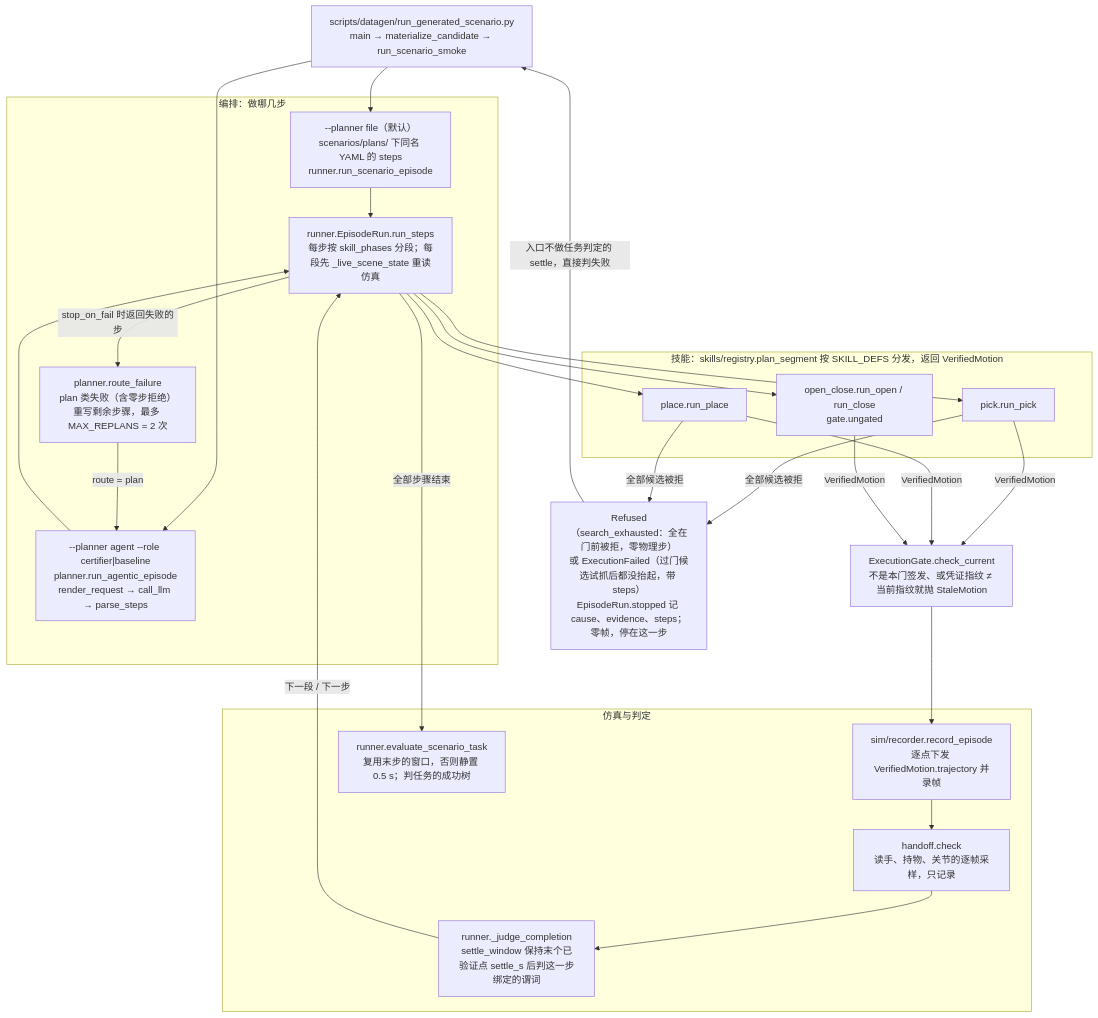
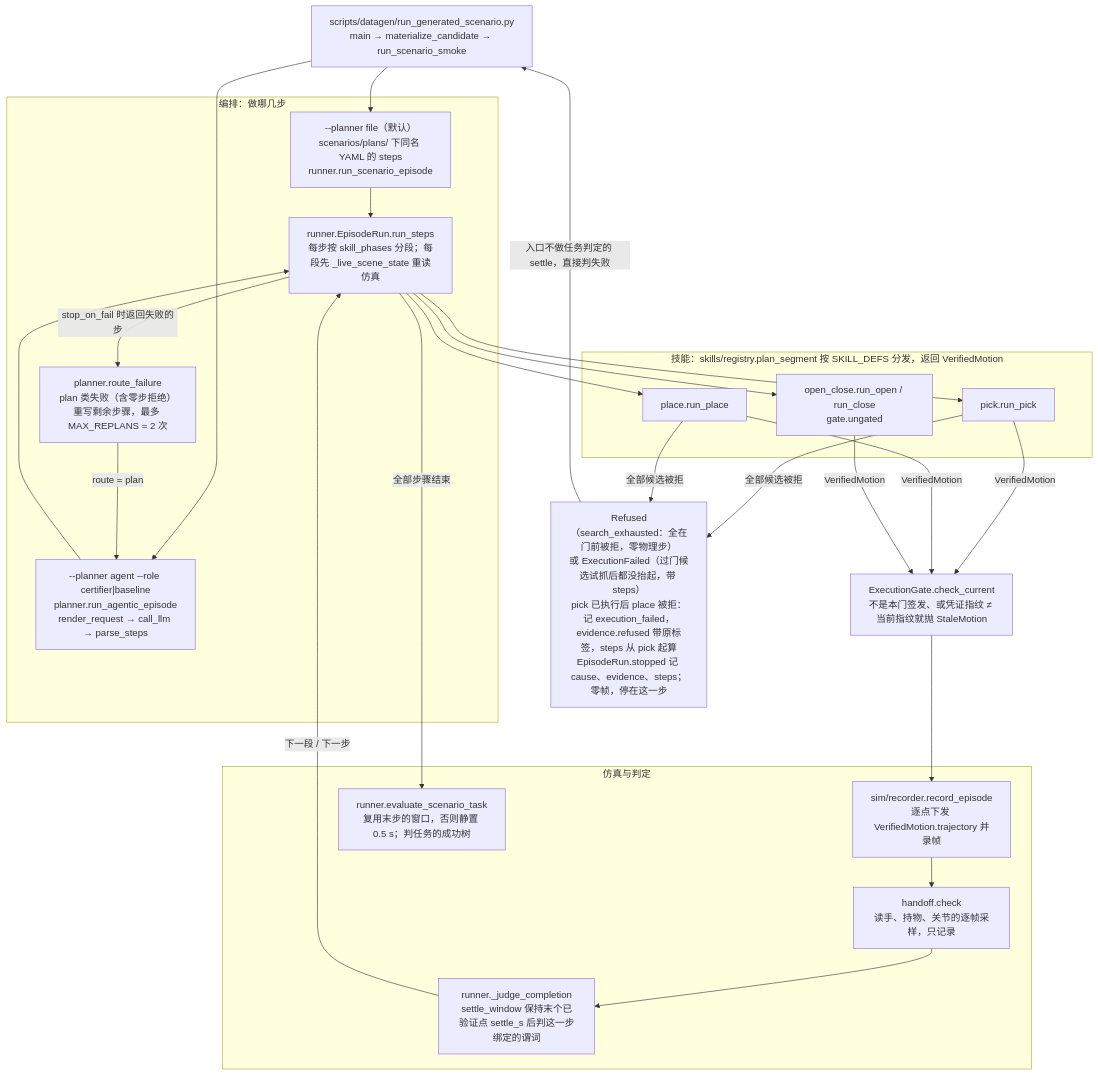
Before and after one commit to ZJLi2013/RoboSmith: the first of 2 diagrams in docs/call-chain.md, drawn with Mermaid. The commit also changed other lines of this file and 1 other file, not shown here.

Commit message:
docs: pick plans the following place before trying a candidate, and on the dev seeds every instance matches the planned approach

````diff
--- a/docs/call-chain.md
+++ b/docs/call-chain.md
@@ -12,39 +12,39 @@
 ```mermaid
 flowchart TD
     CLI["scripts/datagen/run_generated_scenario.py<br/>main → materialize_candidate → run_scenario_smoke"]
 
     subgraph ORCH["编排：做哪几步"]
         T["--planner file（默认）<br/>scenarios/plans/ 下同名 YAML 的 steps<br/>runner.run_scenario_episode"]
         A["--planner agent --role certifier|baseline<br/>planner.run_agentic_episode<br/>render_request → call_llm → parse_steps"]
         RF["planner.route_failure<br/>plan 类失败（含零步拒绝）重写剩余步骤，最多 MAX_REPLANS = 2 次"]
         RUN["runner.EpisodeRun.run_steps<br/>每步按 skill_phases 分段；每段先 _live_scene_state 重读仿真"]
     end
 
     subgraph SKILL["技能：skills/registry.plan_segment 按 SKILL_DEFS 分发，返回 VerifiedMotion"]
         PICK["pick.run_pick"]
         PLACE["place.run_place"]
         OC["open_close.run_open / run_close<br/>gate.ungated"]
     end
 
-    INF["Refused（search_exhausted：全在门前被拒，零物理步）<br/>或 ExecutionFailed（过门候选试抓后都没抬起，带 steps）<br/>EpisodeRun.stopped 记 cause、evidence、steps；零帧，停在这一步"]
+    INF["Refused（search_exhausted：全在门前被拒，零物理步）<br/>或 ExecutionFailed（过门候选试抓后都没抬起，带 steps）<br/>pick 已执行后 place 被拒：记 execution_failed，evidence.refused 带原标签，steps 从 pick 起算<br/>EpisodeRun.stopped 记 cause、evidence、steps；零帧，停在这一步"]
     CUR["ExecutionGate.check_current<br/>不是本门签发、或凭证指纹 ≠ 当前指纹就抛 StaleMotion"]
 
     subgraph SIM["仿真与判定"]
         REC["sim/recorder.record_episode<br/>逐点下发 VerifiedMotion.trajectory 并录帧"]
         HO["handoff.check<br/>读手、持物、关节的逐帧采样，只记录"]
         JC["runner._judge_completion<br/>settle_window 保持末个已验证点 settle_s 后判这一步绑定的谓词"]
         TASK["runner.evaluate_scenario_task<br/>复用末步的窗口，否则静置 0.5 s；判任务的成功树"]
     end
 
     CLI --> T & A
     T --> RUN
     A --> RUN
     RUN -->|stop_on_fail 时返回失败的步| RF
     RF -->|route = plan| A
     RUN --> PICK & PLACE & OC
     PICK & PLACE -->|全部候选被拒| INF
     PICK & PLACE & OC -->|VerifiedMotion| CUR --> REC
     REC --> HO --> JC -->|下一段 / 下一步| RUN
     RUN -->|全部步骤结束| TASK
     INF -->|入口不做任务判定的 settle，直接判失败| CLI
 ```
````
